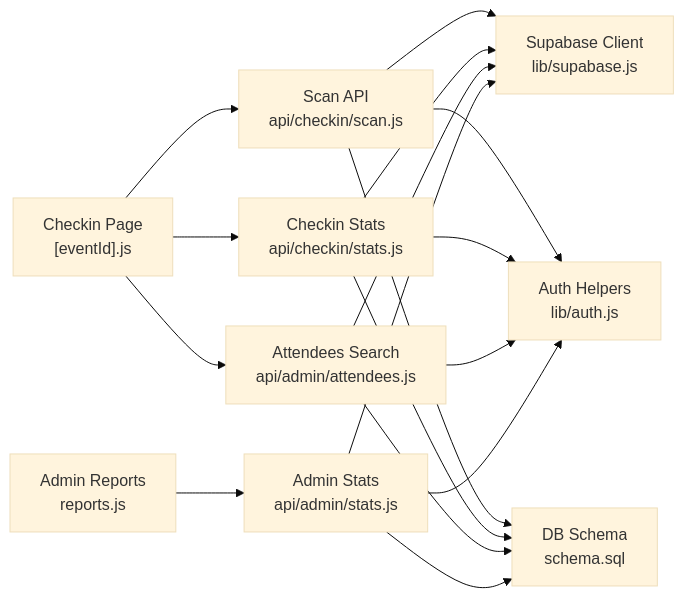
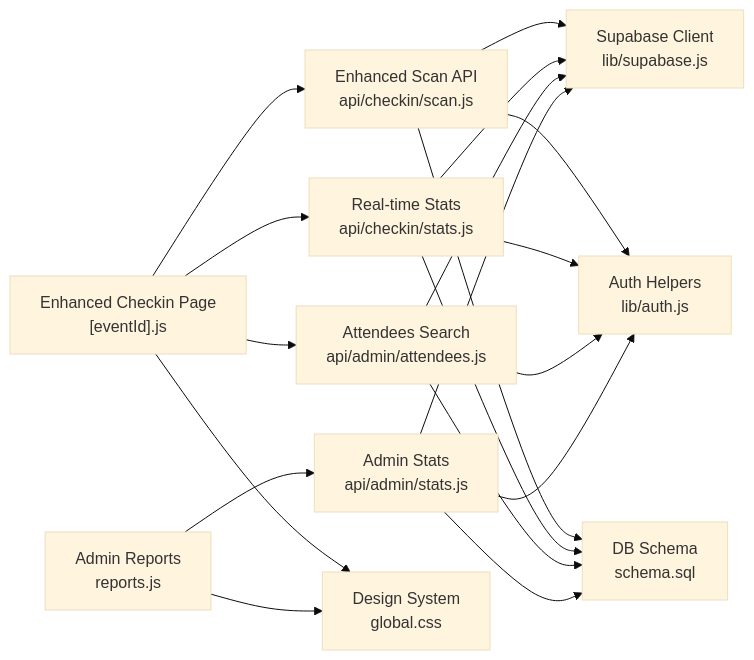
One commit to ObeyMuchechesi/TicketFlow changed the fifth of 5 diagrams in .qoder/repowiki/en/content/Gate Check-in System/Gate Check-in System.md. Above: the diagram before and after it, drawn with Mermaid (base theme). The commit also changed other lines of this file and 12 other files, not shown here.

First line of the commit message:
docs: EcoCash schema columns and project documentation refresh

````diff
--- a/.qoder/repowiki/en/content/Gate Check-in System/Gate Check-in System.md
+++ b/.qoder/repowiki/en/content/Gate Check-in System/Gate Check-in System.md
@@ -342,19 +299,21 @@
 ```mermaid
 graph LR
-UI_Checkin["Checkin Page<br/>[eventId].js"] --> API_Scan["Scan API<br/>api/checkin/scan.js"]
-UI_Checkin --> API_Stats["Checkin Stats<br/>api/checkin/stats.js"]
+UI_Checkin["Enhanced Checkin Page<br/>[eventId].js"] --> API_Scan["Enhanced Scan API<br/>api/checkin/scan.js"]
+UI_Checkin --> API_Stats["Real-time Stats<br/>api/checkin/stats.js"]
 UI_Checkin --> API_Attendees["Attendees Search<br/>api/admin/attendees.js"]
 UI_Admin["Admin Reports<br/>reports.js"] --> API_AdminStats["Admin Stats<br/>api/admin/stats.js"]
 API_Scan --> Supabase["Supabase Client<br/>lib/supabase.js"]
 API_Stats --> Supabase
 API_Attendees --> Supabase
 API_AdminStats --> Supabase
 API_Scan --> Auth["Auth Helpers<br/>lib/auth.js"]
 API_Stats --> Auth
 API_Attendees --> Auth
 API_AdminStats --> Auth
 API_Scan --> Schema["DB Schema<br/>schema.sql"]
 API_Stats --> Schema
 API_Attendees --> Schema
 API_AdminStats --> Schema
+UI_Checkin --> DesignSystem["Design System<br/>global.css"]
+UI_Admin --> DesignSystem
 ```
````
